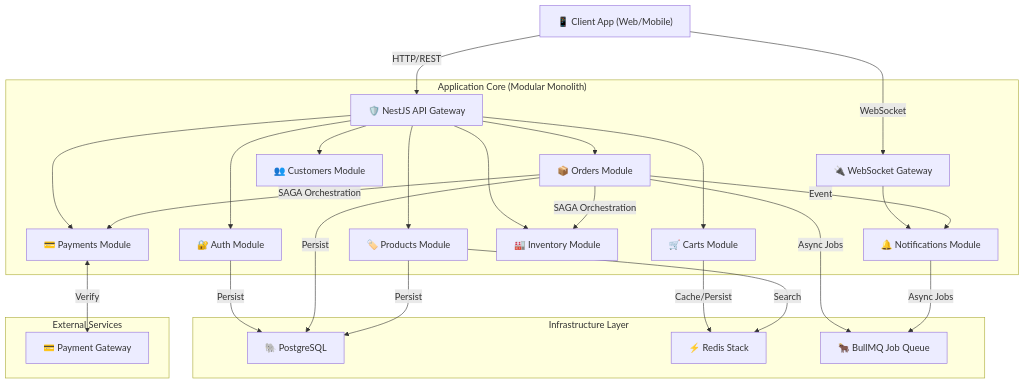
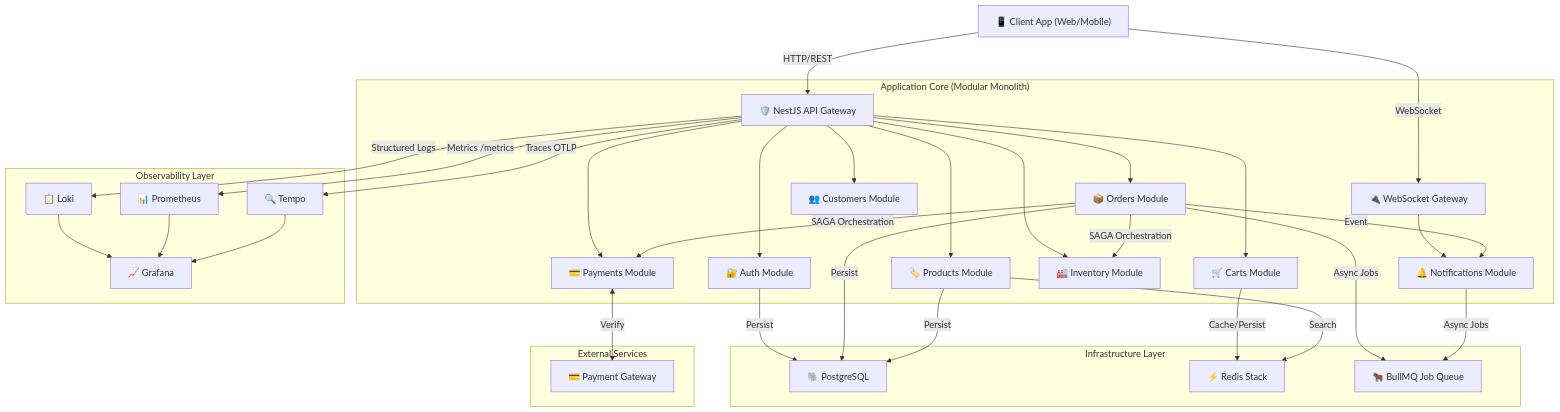
Before and after one commit to raouf-b-dev/ecommerce-store-api: the diagram in README.md, drawn with Mermaid. The commit also changed other lines of this file and 2 other files, not shown here.

First line of the commit message:
ES-130: Enhance observability documentation and architecture

````diff
--- a/README.md
+++ b/README.md
@@ -70,37 +79,46 @@
 ```mermaid
 graph TD
     Client["📱 Client App (Web/Mobile)"] -->|HTTP/REST| API["🛡️ NestJS API Gateway"]
     Client -->|WebSocket| WS["🔌 WebSocket Gateway"]
 
     subgraph "Application Core (Modular Monolith)"
         API --> Auth["🔐 Auth Module"]
         API --> Orders["📦 Orders Module"]
         API --> Products["🏷️ Products Module"]
         API --> Carts["🛒 Carts Module"]
         API --> Payments["💳 Payments Module"]
         API --> Inventory["🏭 Inventory Module"]
         API --> Customers["👥 Customers Module"]
 
         WS --> Notifications["🔔 Notifications Module"]
 
         Orders -->|SAGA Orchestration| Inventory
         Orders -->|SAGA Orchestration| Payments
         Orders -->|Event| Notifications
     end
 
     subgraph "Infrastructure Layer"
         Auth -->|Persist| PG["🐘 PostgreSQL"]
         Orders -->|Persist| PG
         Products -->|Persist| PG
 
         Carts -->|Cache/Persist| Redis["⚡ Redis Stack"]
         Products -->|Search| Redis
 
         Orders -->|Async Jobs| BullMQ["🐂 BullMQ Job Queue"]
         Notifications -->|Async Jobs| BullMQ
     end
 
+    subgraph "Observability Layer"
+        API -->|Structured Logs| Loki["📋 Loki"]
+        API -->|Metrics /metrics| Prometheus["📊 Prometheus"]
+        API -->|Traces OTLP| Tempo["🔍 Tempo"]
+        Loki --> Grafana["📈 Grafana"]
+        Prometheus --> Grafana
+        Tempo --> Grafana
+    end
+
     subgraph "External Services"
         Payments <-->|Verify| Stripe["💳 Payment Gateway"]
     end
 ```
````
